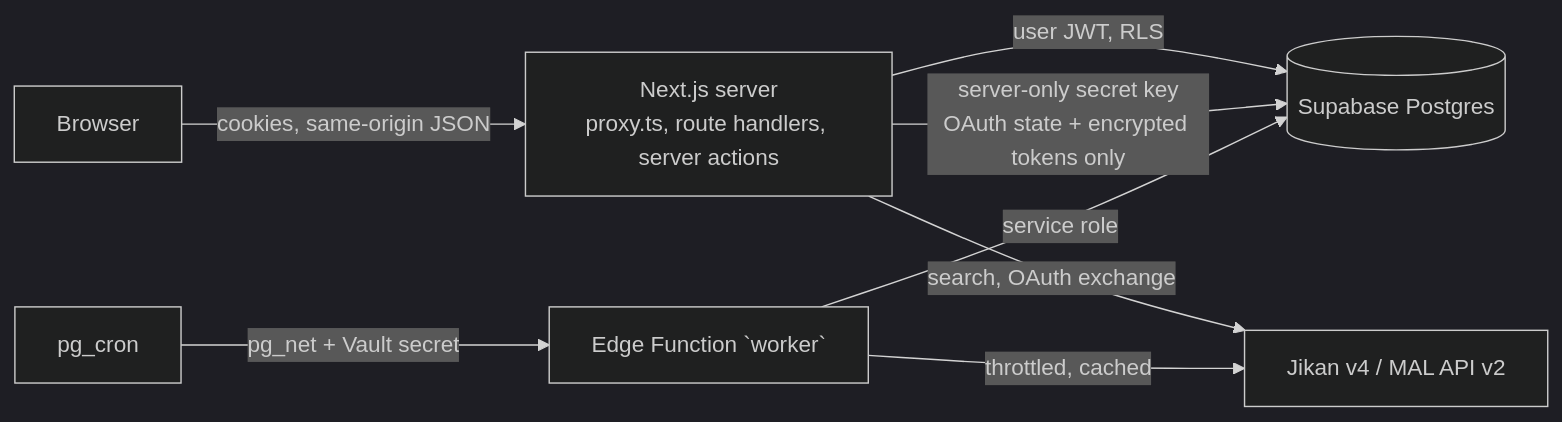
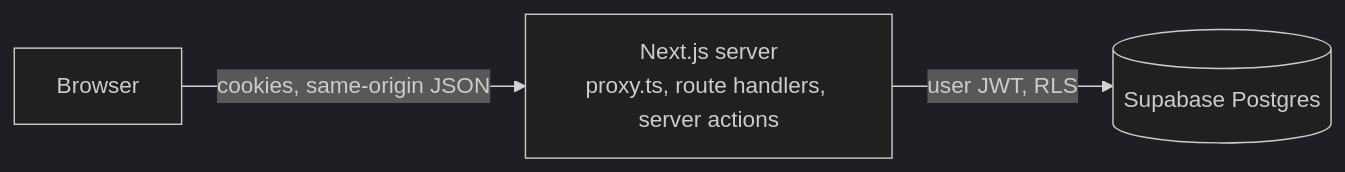
One commit to lucalang/amethyst changed the diagram in README.md. Above: the diagram before and after it, drawn with Mermaid (dark theme). The commit also changed other lines of this file and 122 other files, not shown here.

````diff
--- a/README.md
+++ b/README.md
@@ -12,10 +13,5 @@
 ```mermaid
 flowchart LR
   B[Browser] -->|cookies, same-origin JSON| N[Next.js server<br/>proxy.ts, route handlers, server actions]
   N -->|user JWT, RLS| DB[(Supabase Postgres)]
-  N -->|server-only secret key<br/>OAuth state + encrypted tokens only| DB
-  N -->|search, OAuth exchange| EXT[Jikan v4 / MAL API v2]
-  C[pg_cron] -->|pg_net + Vault secret| W[Edge Function `worker`]
-  W -->|service role| DB
-  W -->|throttled, cached| EXT
 ```
````
